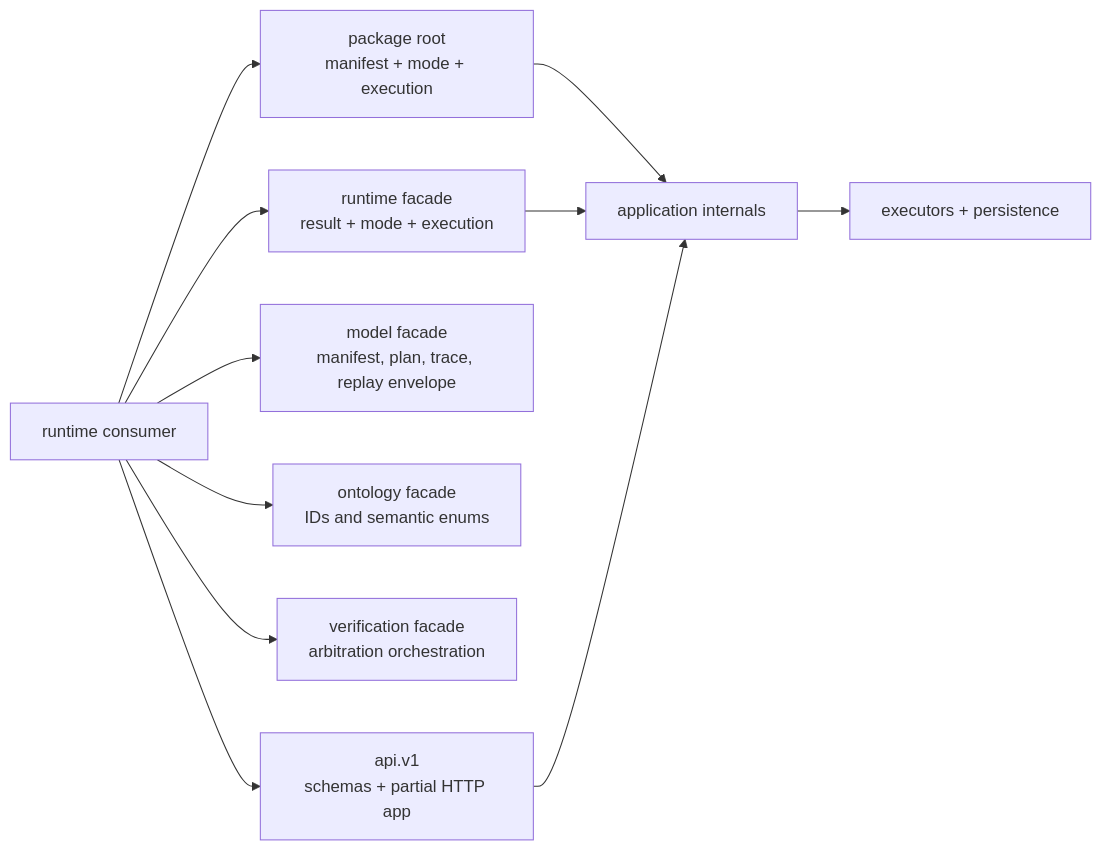
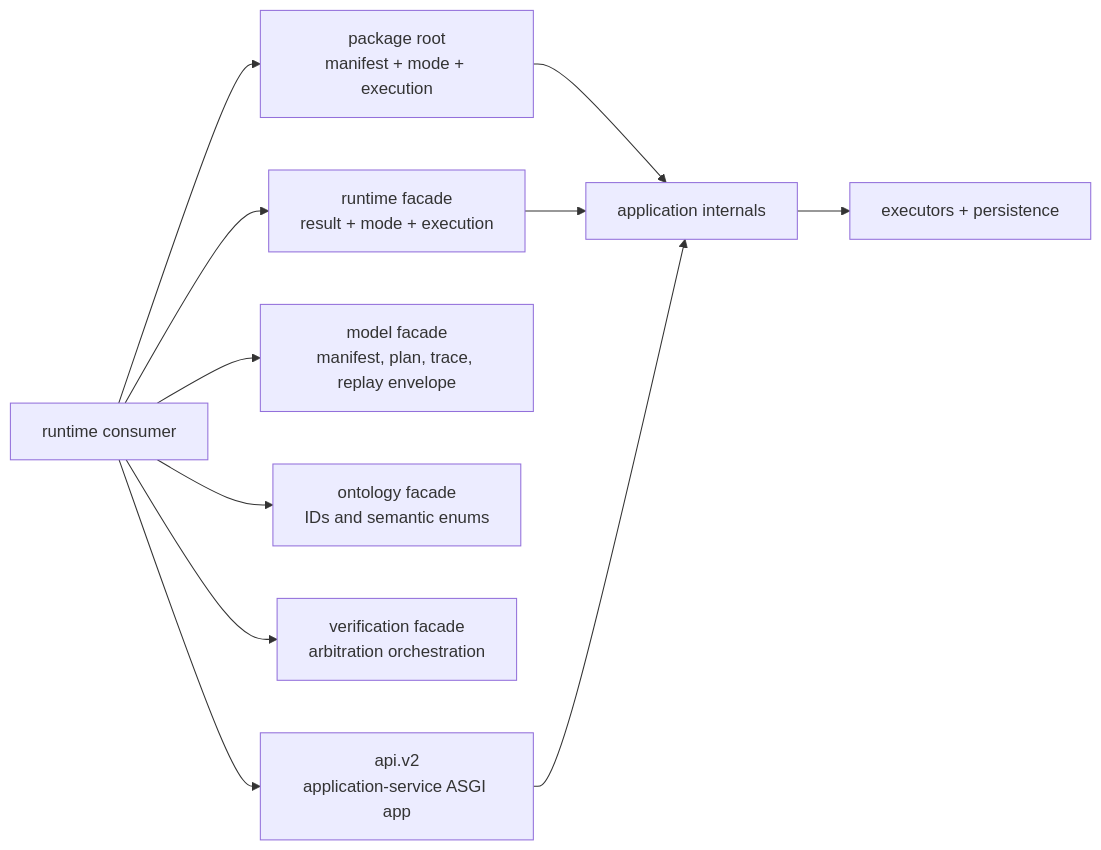
Before and after one commit to bijux/bijux-canon: the diagram in docs/06-bijux-canon-runtime/interfaces/public-imports.md, drawn with Mermaid. The commit also changed other lines of this file and 29 other files, not shown here.

Commit message:
feat(http): ship installed runtime v2 service

````diff
--- a/docs/06-bijux-canon-runtime/interfaces/public-imports.md
+++ b/docs/06-bijux-canon-runtime/interfaces/public-imports.md
@@ -25,22 +25,22 @@
 ```mermaid
 flowchart LR
     consumer["runtime consumer"]
     root["package root<br/>manifest + mode + execution"]
     support["runtime facade<br/>result + mode + execution"]
     model["model facade<br/>manifest, plan, trace, replay envelope"]
     ontology["ontology facade<br/>IDs and semantic enums"]
     verification["verification facade<br/>arbitration orchestration"]
-    api["api.v1<br/>schemas + partial HTTP app"]
+    api["api.v2<br/>application-service ASGI app"]
     application["application internals"]
     execution["executors + persistence"]
 
     consumer --> root
     consumer --> support
     consumer --> model
     consumer --> ontology
     consumer --> verification
     consumer --> api
     root --> application --> execution
     support --> application
     api --> application
 ```
````
